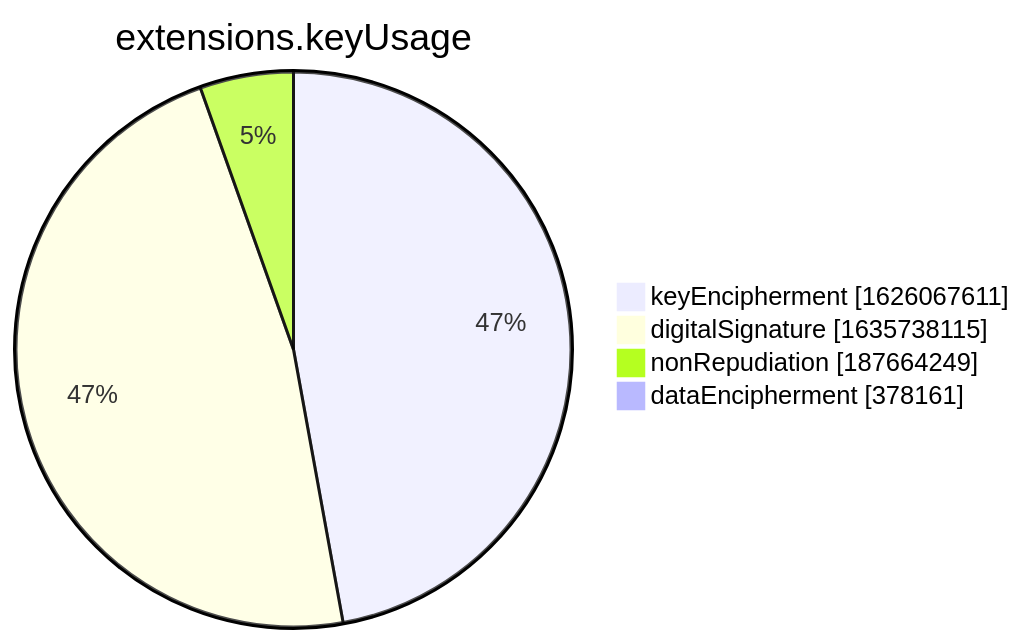
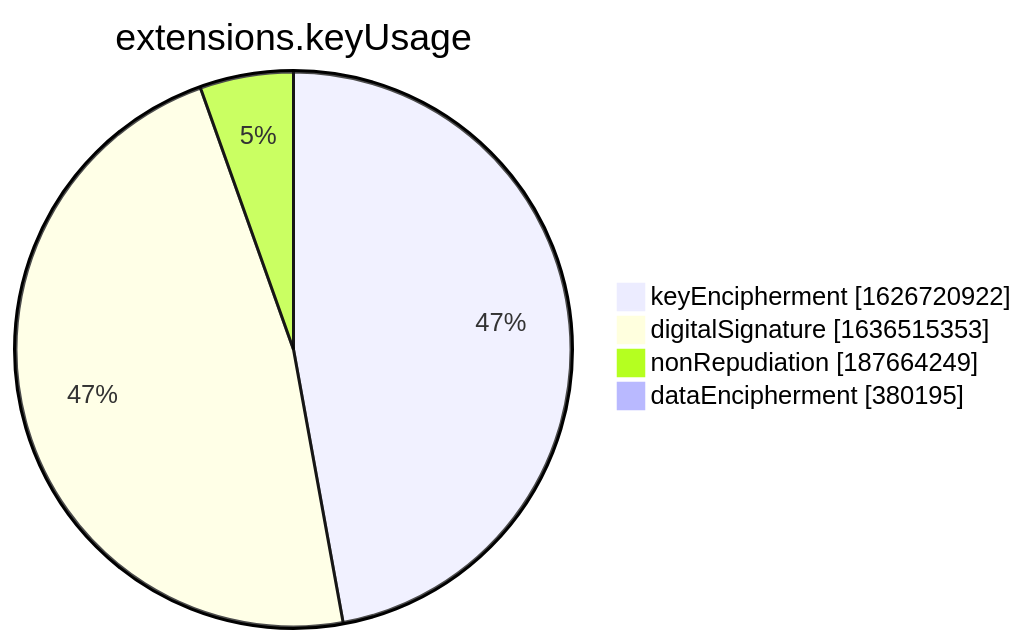
Before and after one commit to christiankrug/ctmonitor_visualization: the seventh of 15 diagrams in xenon2022/README.md, drawn with Mermaid. The commit also changed other lines of this file, not shown here.

````diff
--- a/xenon2022/README.md
+++ b/xenon2022/README.md
@@ -2855,8 +2855,8 @@
 ```mermaid
 pie showData
 title extensions.keyUsage
-"keyEncipherment" :1626067611
-"digitalSignature" :1635738115
+"keyEncipherment" :1626720922
+"digitalSignature" :1636515353
 "nonRepudiation" :187664249
-"dataEncipherment" :378161
+"dataEncipherment" :380195
 ```
````
